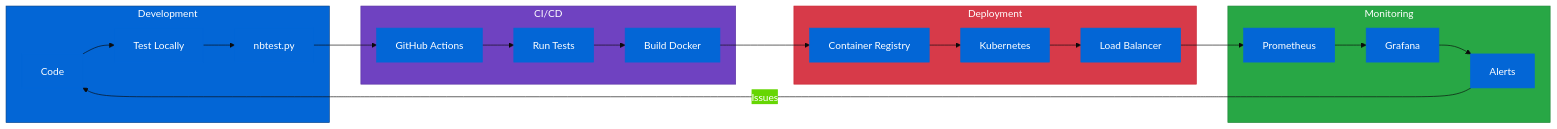
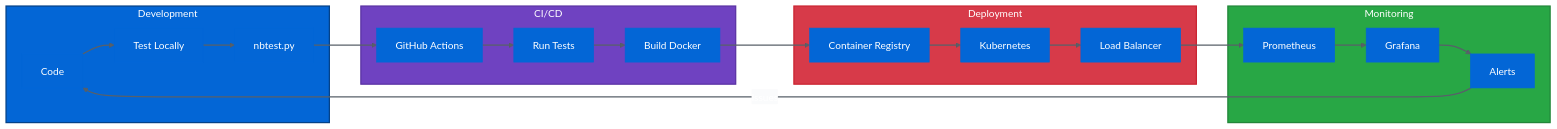
One commit to nexageapps/AI changed the tenth of 22 diagrams in README.md. Above: the diagram before and after it, drawn with Mermaid. The commit also changed other lines of this file and 1 other file, not shown here.

````diff
--- a/README.md
+++ b/README.md
@@ -355,33 +363,35 @@
 ```mermaid
-%%{init: {'theme':'base', 'themeVariables': {'primaryColor':'#0366d6','primaryTextColor':'#fff','primaryBorderColor':'#0366d6'}}}%%
+%%{init: {'theme':'base', 'themeVariables': {'primaryColor':'#0366d6','primaryTextColor':'#fff','primaryBorderColor':'#0366d6','lineColor':'#586069','defaultLinkColor':'#586069','edgeLabelBackground':'#fafbfc'}}}%%
 graph LR
     subgraph Development
         D1[Code] --> D2[Test Locally]
         D2 --> D3[nbtest.py]
     end
     
     subgraph CICD[CI/CD]
         D3 --> C1[GitHub Actions]
         C1 --> C2[Run Tests]
         C2 --> C3[Build Docker]
     end
     
     subgraph Deployment
         C3 --> P1[Container Registry]
         P1 --> P2[Kubernetes]
         P2 --> P3[Load Balancer]
     end
     
     subgraph Monitoring
         P3 --> M1[Prometheus]
         M1 --> M2[Grafana]
         M2 --> M3[Alerts]
     end
     
     M3 -->|Issues| D1
     
-    style Development fill:#0366d6,stroke:#044289,color:#fff
-    style CICD fill:#6f42c1,stroke:#5a32a3,color:#fff
-    style Deployment fill:#d73a49,stroke:#cb2431,color:#fff
-    style Monitoring fill:#28a745,stroke:#22863a,color:#fff
+    linkStyle default stroke:#586069,stroke-width:2px
+    
+    style Development fill:#0366d6,stroke:#044289,stroke-width:2px,color:#fff
+    style CICD fill:#6f42c1,stroke:#5a32a3,stroke-width:2px,color:#fff
+    style Deployment fill:#d73a49,stroke:#cb2431,stroke-width:2px,color:#fff
+    style Monitoring fill:#28a745,stroke:#22863a,stroke-width:2px,color:#fff
 ```
````
